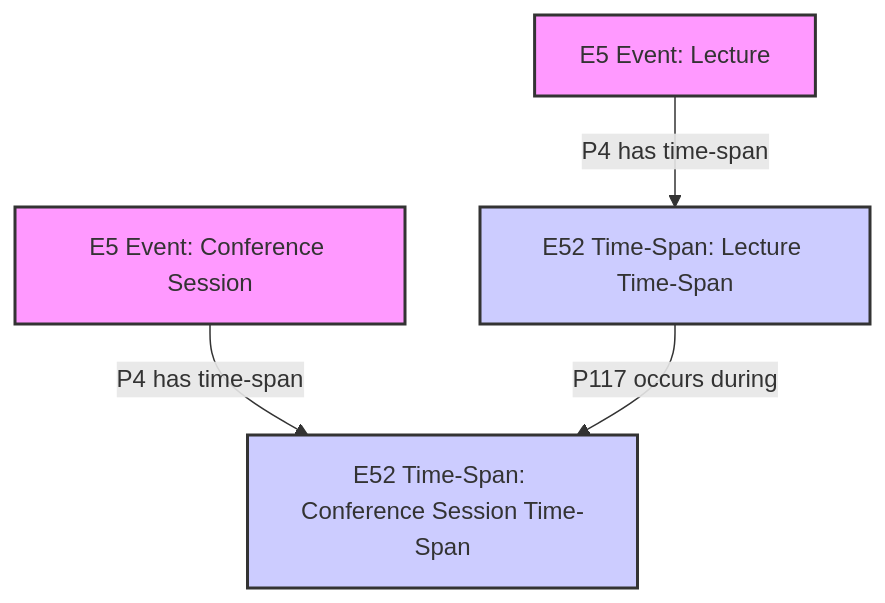
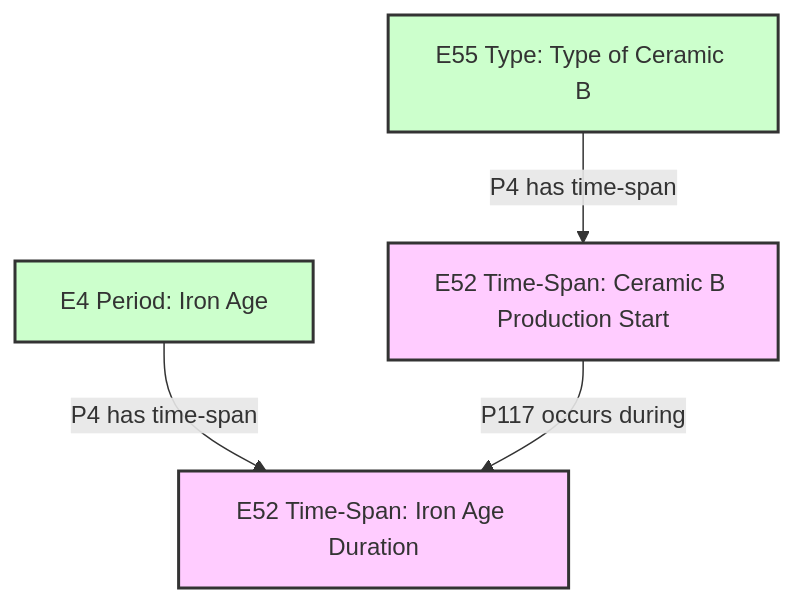
One commit to historical-time/caa-chrono-sig changed the first of 2 diagrams in doc/cidoc.md. Above: the diagram before and after it, drawn with Mermaid. The commit also changed other lines of this file, not shown here.

````diff
--- a/doc/cidoc.md
+++ b/doc/cidoc.md
@@ -5,16 +5,16 @@
 ```mermaid
 graph TD;
-    EventA[E5 Event: Lecture]
-    EventB[E5 Event: Conference Session]
-    TimeSpanA[E52 Time-Span: Lecture Time-Span]
-    TimeSpanB[E52 Time-Span: Conference Session Time-Span]
+    CeramicB[E55 Type: Type of Ceramic B]
+    IronAge[E4 Period: Iron Age]
+    CeramicBTimeSpan[E52 Time-Span: Ceramic B Production Start]
+    IronAgeTimeSpan[E52 Time-Span: Iron Age Duration]
 
-    EventA -->|P4 has time-span| TimeSpanA
-    EventB -->|P4 has time-span| TimeSpanB
-    TimeSpanA -->|P117 occurs during| TimeSpanB
+    CeramicB -->|P4 has time-span| CeramicBTimeSpan
+    IronAge -->|P4 has time-span| IronAgeTimeSpan
+    CeramicBTimeSpan -->|P117 occurs during| IronAgeTimeSpan
 
-    classDef eventName fill:#f9f,stroke:#333,stroke-width:2px;
-    classDef timeSpanName fill:#ccf,stroke:#333,stroke-width:2px;
-    class EventA,EventB eventName;
-    class TimeSpanA,TimeSpanB timeSpanName;
+    classDef typeClass fill:#cfc,stroke:#333,stroke-width:2px;
+    classDef timeSpanClass fill:#fcf,stroke:#333,stroke-width:2px;
+    class CeramicB,IronAge typeClass;
+    class CeramicBTimeSpan,IronAgeTimeSpan timeSpanClass;
 ```
````
